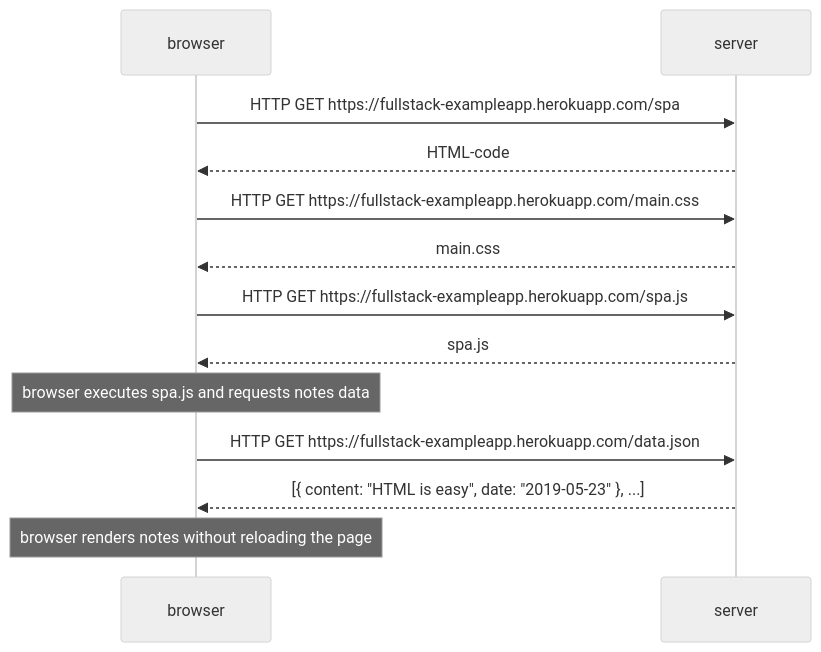
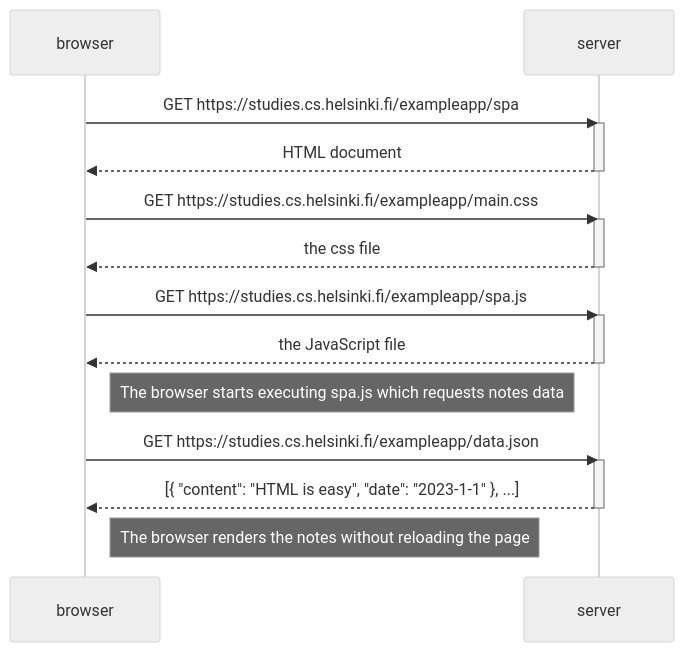
Before and after one commit to lyna-asma/fullstackopen: the diagram in part0/0.5.md, drawn with Mermaid (neutral theme).

Commit message:
Update sequence diagram with new URLs and notes

````diff
--- a/part0/0.5.md
+++ b/part0/0.5.md
@@ -1,16 +1,29 @@
 ```mermaid
 sequenceDiagram
     participant browser
     participant server
 
-    browser->>server: HTTP GET https://fullstack-exampleapp.herokuapp.com/spa
-    server-->>browser: HTML-code
-    browser->>server: HTTP GET https://fullstack-exampleapp.herokuapp.com/main.css
-    server-->>browser: main.css
-    browser->>server: HTTP GET https://fullstack-exampleapp.herokuapp.com/spa.js
-    server-->>browser: spa.js
-    Note over browser: browser executes spa.js and requests notes data
-    browser->>server: HTTP GET https://fullstack-exampleapp.herokuapp.com/data.json
-    server-->>browser: [{ content: "HTML is easy", date: "2019-05-23" }, ...]
-    Note over browser: browser renders notes without reloading the page
+    browser->>server: GET https://studies.cs.helsinki.fi/exampleapp/spa
+    activate server
+    server-->>browser: HTML document
+    deactivate server
+
+    browser->>server: GET https://studies.cs.helsinki.fi/exampleapp/main.css
+    activate server
+    server-->>browser: the css file
+    deactivate server
+
+    browser->>server: GET https://studies.cs.helsinki.fi/exampleapp/spa.js
+    activate server
+    server-->>browser: the JavaScript file
+    deactivate server
+
+    Note right of browser: The browser starts executing spa.js which requests notes data
+
+    browser->>server: GET https://studies.cs.helsinki.fi/exampleapp/data.json
+    activate server
+    server-->>browser: [{ "content": "HTML is easy", "date": "2023-1-1" }, ...]
+    deactivate server
+
+    Note right of browser: The browser renders the notes without reloading the page
 ```
````
